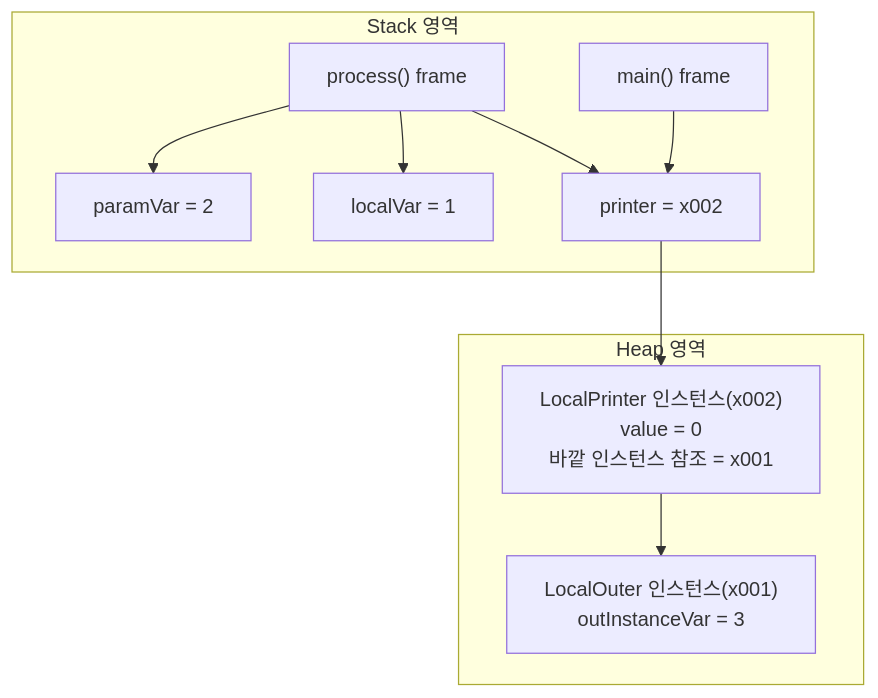
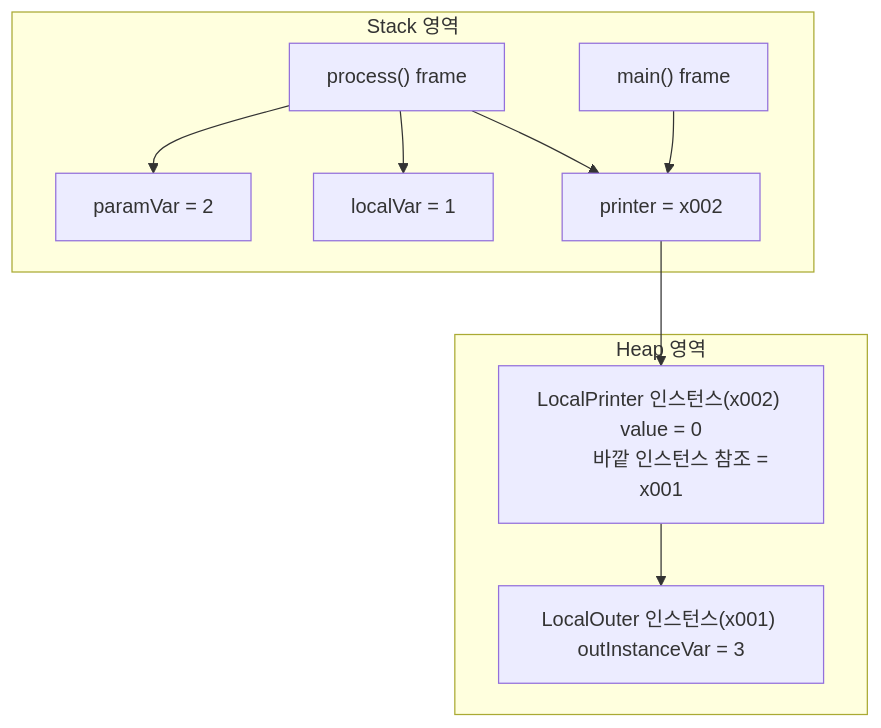
The first of 5 diagrams in 03.중급-1/08-02-중첩_클래스_내부 클래스.md (xmlbuilder/JavaTutorial), drawn with Mermaid before and after one commit.

Commit message:
Update 08-02-중첩_클래스_내부 클래스.md

````diff
--- a/03.중급-1/08-02-중첩_클래스_내부 클래스.md
+++ b/03.중급-1/08-02-중첩_클래스_내부 클래스.md
@@ -42,22 +42,20 @@
 ```mermaid
 graph TD
     subgraph Stack 영역
         mainFrame["main() frame"]
         processFrame["process() frame"]
         processFrame --> paramVar["paramVar = 2"]
         processFrame --> localVar["localVar = 1"]
         processFrame --> printerRef["printer = x002"]
     end
 
     subgraph Heap 영역
-        outerObj["LocalOuter 인스턴스(x001)
-                    outInstanceVar = 3"]
-        printerObj["LocalPrinter 인스턴스(x002)
-                    value = 0
-                    바깥 인스턴스 참조 = x001"]
+        outerObj["LocalOuter 인스턴스(x001) outInstanceVar = 3"]
+        printerObj["LocalPrinter 인스턴스(x002) value = 0
+        바깥 인스턴스 참조 = x001"]
         printerObj --> outerObj
     end
 
     mainFrame --> printerRef
     printerRef --> printerObj
 ```
````
